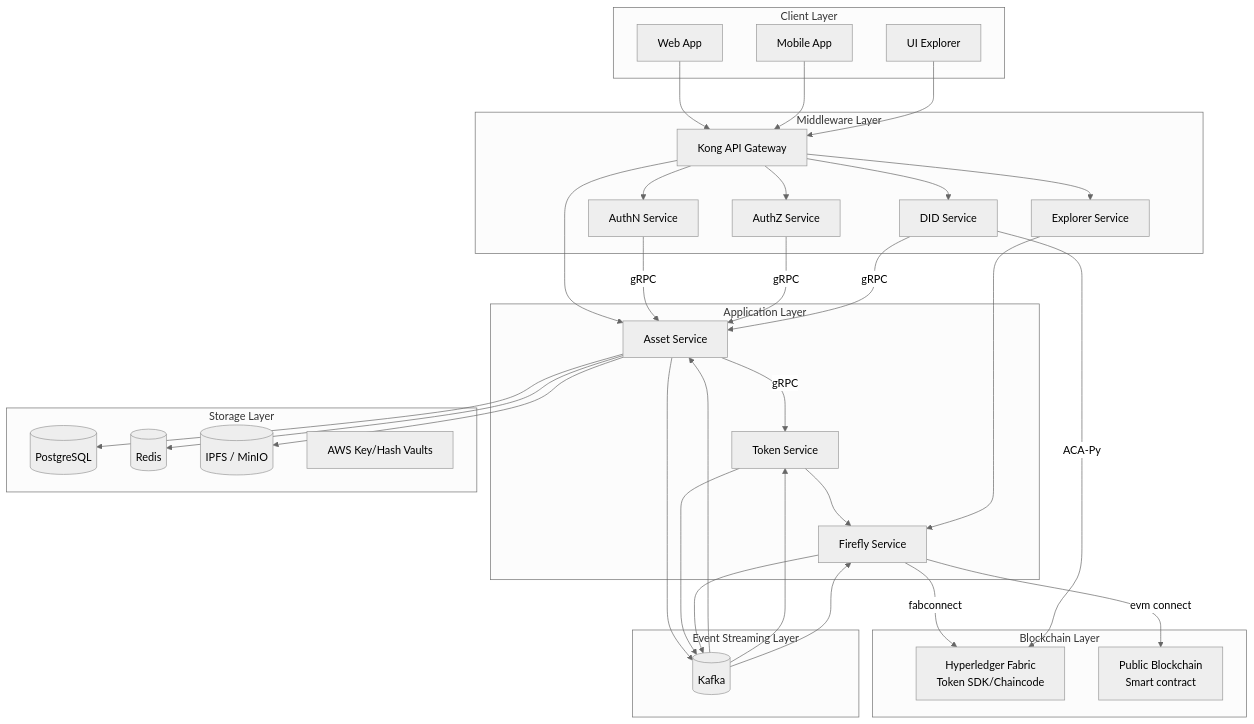
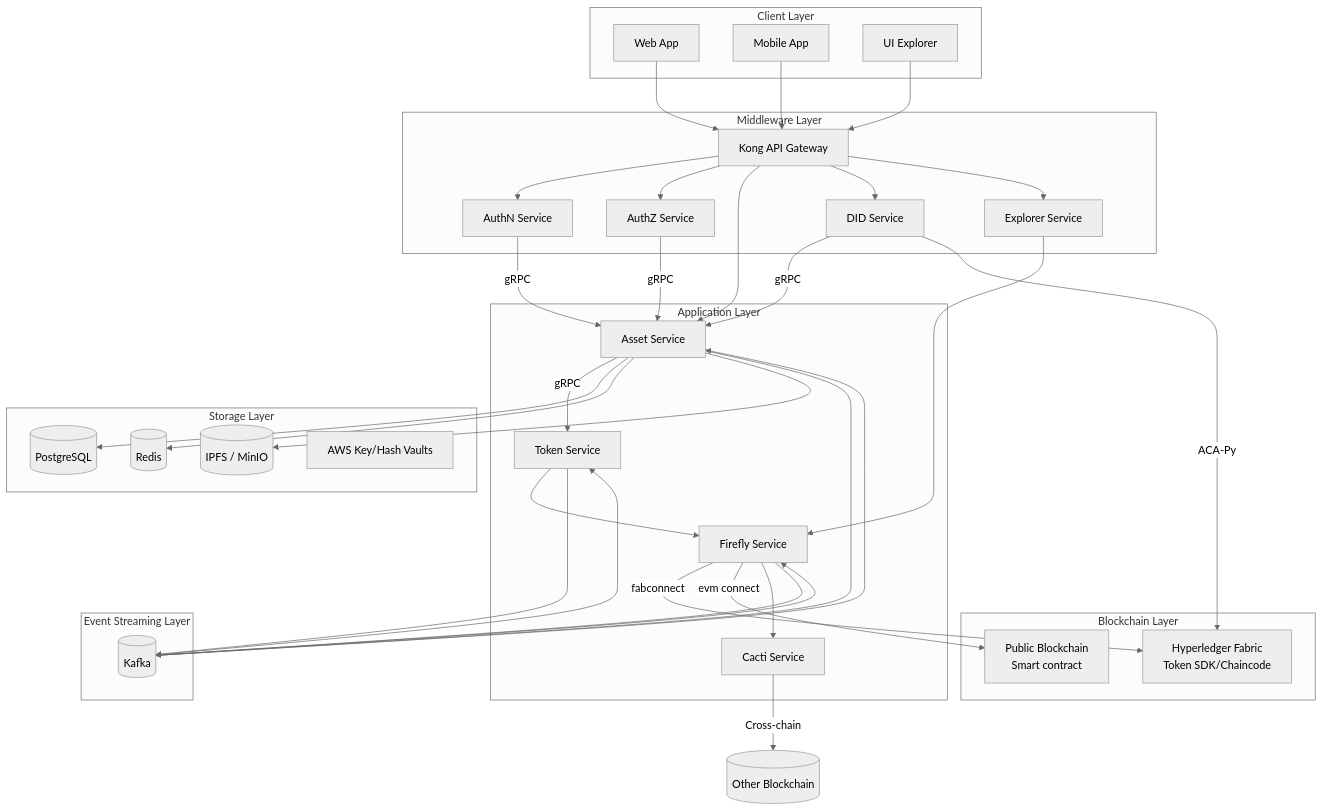
One commit to metafi-blockchain/metafi-digital-assets-service changed the first of 4 diagrams in docs/architecture-design.en.md. Above: the diagram before and after it, drawn with Mermaid (neutral theme). The commit also changed other lines of this file, not shown here.

````diff
--- a/docs/architecture-design.en.md
+++ b/docs/architecture-design.en.md
@@ -36,73 +36,76 @@
 ```mermaid
 graph TD
     subgraph "Client Layer"
         Web[Web App]
         Mobile[Mobile App]
         Explorer[UI Explorer]
     end
 
     subgraph "Middleware Layer"
         Gateway[Kong API Gateway]
         AuthN[AuthN Service]
         AuthZ[AuthZ Service]
         DID["DID Service"]
         ExplorerService[Explorer Service]
     end
 
     subgraph "Application Layer"
         Asset[Asset Service]
         Token[Token Service]
         Firefly[Firefly Service]
-
+        ExplorerService[Explorer Service]
+        Cacti[Cacti Service]
     end
 
     subgraph "Blockchain Layer"
         Fabric["Hyperledger Fabric<br/>Token SDK/Chaincode"]
         PublicChain[Public Blockchain<br/>  Smart contract]
     end
 
     subgraph "Storage Layer"
         DB[(PostgreSQL)]
         Cache[(Redis)]
         Storage[(IPFS / MinIO)]
         KeyVaults[AWS Key/Hash Vaults]
     end
 
     subgraph "Event Streaming Layer"
         Kafka[(Kafka)]
     end
 
     Web --> Gateway
     Mobile --> Gateway
     Explorer --> Gateway
 
     Gateway --> AuthN
     Gateway --> AuthZ
     Gateway --> Asset
     Gateway --> DID
 
     Gateway --> ExplorerService
 
     AuthN --> |gRPC|Asset
     AuthZ -->|gRPC|Asset
     DID --> |gRPC|Asset
 
     Asset --> |gRPC|Token
     Token --> Firefly
     Firefly --> |fabconnect| Fabric
     Firefly --> |evm connect| PublicChain
+    Firefly --> Cacti
 
     Asset --> DB
     Asset --> Cache
     Asset --> Storage
     DID -->|ACA-Py| Fabric
 
     Asset --> Kafka
     Kafka --> Asset
     Token --> Kafka
     Kafka --> Token
     Firefly --> Kafka
     Kafka --> Firefly
 
     ExplorerService --> Firefly
+    Cacti -->|Cross-chain| OtherBlockchain[(Other Blockchain)]
 ```
````
